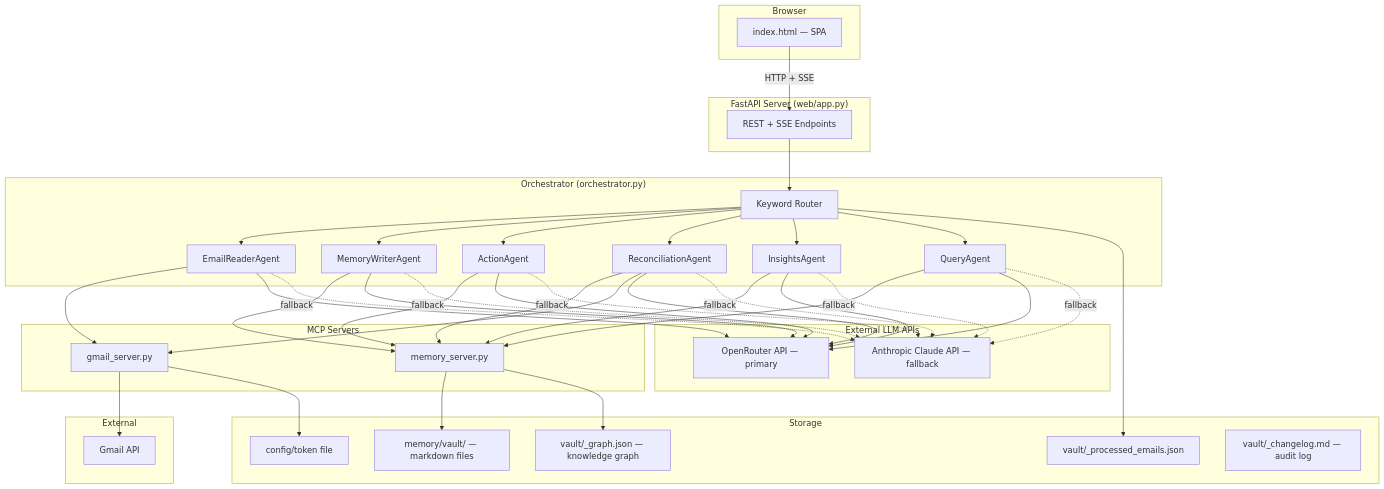
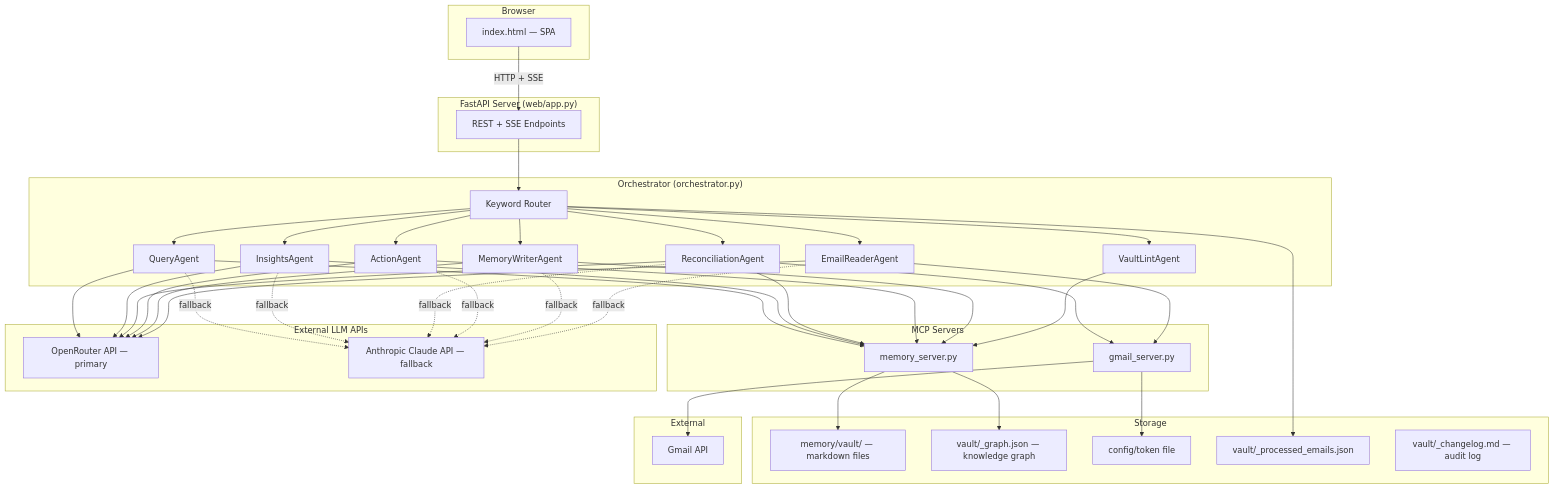
One commit to ifeanyi-okafor/email-memory-agent changed the diagram in docs/architecture-overview.md. Above: the diagram before and after it, drawn with Mermaid. The commit also changed other lines of this file and 4 other files, not shown here.

````diff
--- a/docs/architecture-overview.md
+++ b/docs/architecture-overview.md
@@ -5,75 +5,78 @@
 ```mermaid
 graph TB
     subgraph Browser
         UI[index.html — SPA]
     end
 
     subgraph "FastAPI Server (web/app.py)"
         API[REST + SSE Endpoints]
     end
 
     subgraph "Orchestrator (orchestrator.py)"
         Router[Keyword Router]
         ER[EmailReaderAgent]
         MW[MemoryWriterAgent]
         AA[ActionAgent]
         RA[ReconciliationAgent]
         IA[InsightsAgent]
         QA[QueryAgent]
+        VLA[VaultLintAgent]
     end
 
     subgraph "MCP Servers"
         GS[gmail_server.py]
         MS[memory_server.py]
     end
 
     subgraph "External LLM APIs"
         OR[OpenRouter API — primary]
         Claude[Anthropic Claude API — fallback]
     end
 
     subgraph External
         Gmail[Gmail API]
     end
 
     subgraph Storage
         Vault[memory/vault/ — markdown files]
         Graph[vault/_graph.json — knowledge graph]
         Token[config/token file]
         Processed[vault/_processed_emails.json]
         Changelog[vault/_changelog.md — audit log]
     end
 
     UI -->|HTTP + SSE| API
     API --> Router
     Router --> ER
     Router --> MW
     Router --> AA
     Router --> RA
     Router --> IA
     Router --> QA
+    Router --> VLA
+    VLA --> MS
     ER --> GS
     ER --> OR
     ER -.->|fallback| Claude
     MW --> MS
     MW --> OR
     MW -.->|fallback| Claude
     AA --> MS
     AA --> OR
     AA -.->|fallback| Claude
     RA --> MS
     RA --> GS
     RA --> OR
     RA -.->|fallback| Claude
     IA --> MS
     IA --> OR
     IA -.->|fallback| Claude
     QA --> MS
     QA --> OR
     QA -.->|fallback| Claude
     GS --> Gmail
     MS --> Vault
     MS --> Graph
     GS --> Token
     Router --> Processed
 ```
````
